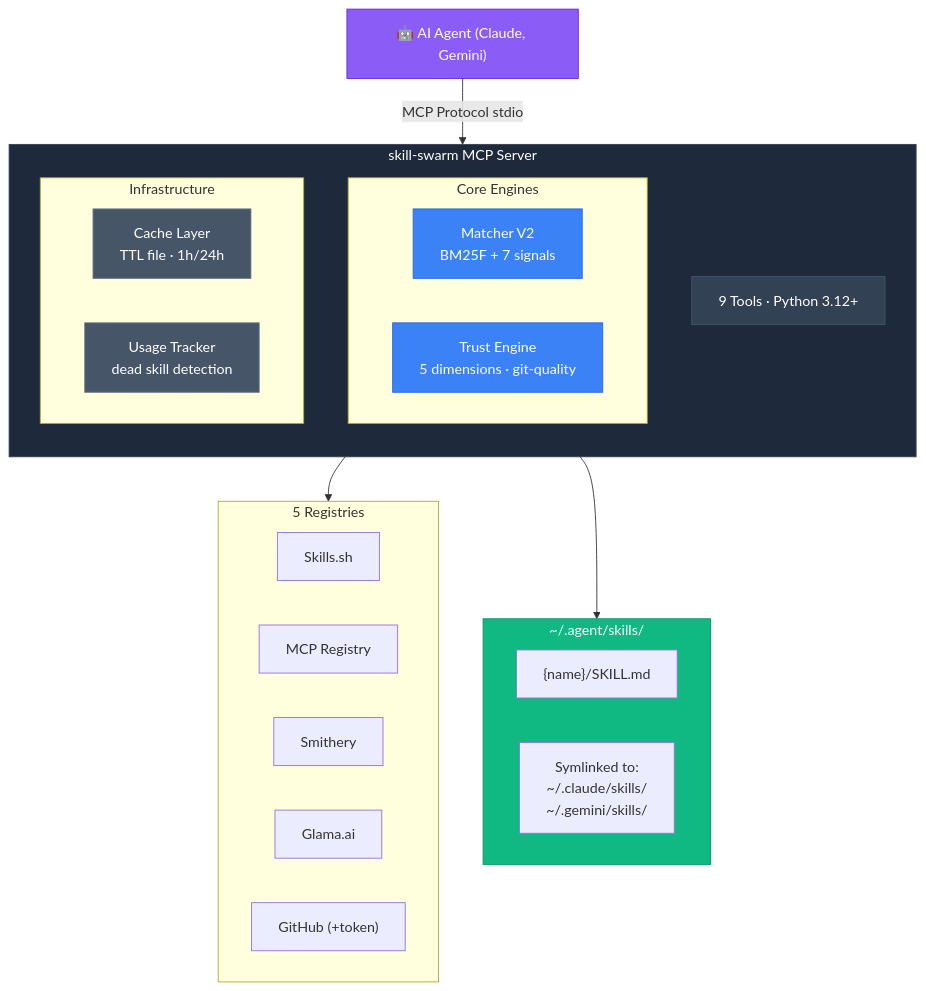
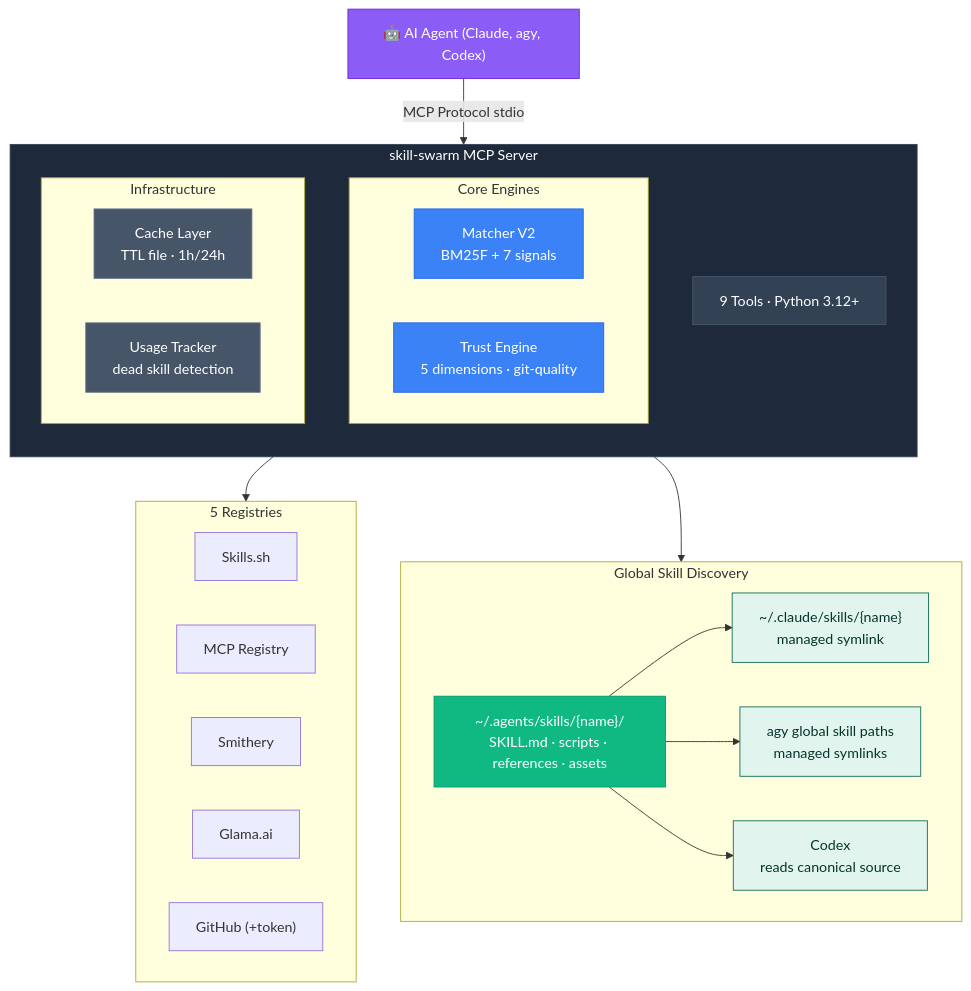
The third of 6 diagrams in README.md (ancrz/skill-swarm-mcp), drawn with Mermaid before and after one commit. The commit also changed other lines of this file and 16 other files, not shown here.

First line of the commit message:
feat: modernize global skill interoperability

````diff
--- a/README.md
+++ b/README.md
@@ -78,43 +78,51 @@
 ```mermaid
 graph TB
-    Agent["🤖 AI Agent (Claude, Gemini)"]
+    Agent["🤖 AI Agent (Claude, agy, Codex)"]
     Agent -->|MCP Protocol stdio| Server
 
     subgraph Server["skill-swarm MCP Server"]
         direction TB
         Tools["9 Tools · Python 3.12+"]
         subgraph Core["Core Engines"]
             Matcher["Matcher V2<br/>BM25F + 7 signals"]
             Trust["Trust Engine<br/>5 dimensions · git-quality"]
         end
         subgraph Infra["Infrastructure"]
             Cache["Cache Layer<br/>TTL file · 1h/24h"]
             Usage["Usage Tracker<br/>dead skill detection"]
         end
     end
 
     Server --> Registries
     Server --> Skills
 
     subgraph Registries["5 Registries"]
         SkillsSH["Skills.sh"]
         MCP["MCP Registry"]
         Smithery["Smithery"]
         Glama["Glama.ai"]
         GitHub["GitHub (+token)"]
     end
 
-    subgraph Skills["~/.agent/skills/"]
-        SkillFile["{name}/SKILL.md"]
-        Symlinks["Symlinked to:<br/>~/.claude/skills/<br/>~/.gemini/skills/"]
+    subgraph Skills["Global Skill Discovery"]
+        Canonical["~/.agents/skills/{name}/<br/>SKILL.md · scripts · references · assets"]
+        ClaudeLinks["~/.claude/skills/{name}<br/>managed symlink"]
+        AgyLinks["agy global skill paths<br/>managed symlinks"]
+        CodexNative["Codex<br/>reads canonical source"]
+        Canonical --> ClaudeLinks
+        Canonical --> AgyLinks
+        Canonical --> CodexNative
     end
 
     style Agent fill:#8B5CF6,stroke:#6D28D9,color:#fff
     style Server fill:#1E293B,stroke:#334155,color:#fff
     style Tools fill:#334155,stroke:#475569,color:#fff
     style Matcher fill:#3B82F6,stroke:#2563EB,color:#fff
     style Trust fill:#3B82F6,stroke:#2563EB,color:#fff
     style Cache fill:#475569,stroke:#64748B,color:#fff
     style Usage fill:#475569,stroke:#64748B,color:#fff
-    style Skills fill:#10B981,stroke:#059669,color:#fff
+    style Canonical fill:#10B981,stroke:#059669,color:#fff
+    style ClaudeLinks fill:#E1F5EE,stroke:#0F6E56,color:#04342C
+    style AgyLinks fill:#E1F5EE,stroke:#0F6E56,color:#04342C
+    style CodexNative fill:#E1F5EE,stroke:#0F6E56,color:#04342C
 ```
````
